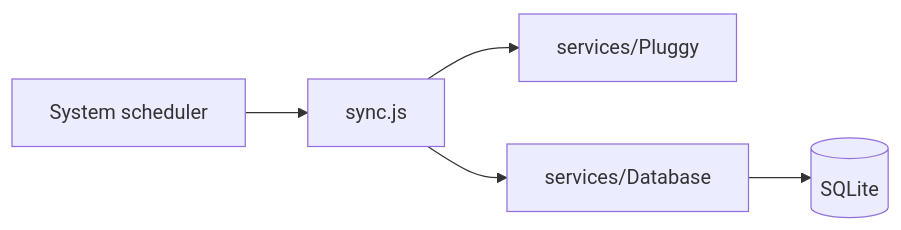
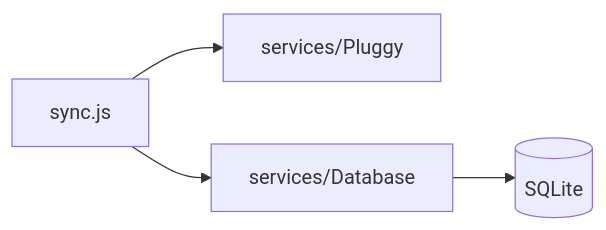
The diagram in README.md (leaofelipe/open-finance-sync), drawn with Mermaid before and after one commit. The commit also changed other lines of this file and 1 other file, not shown here.

First line of the commit message:
Rename to Open Finance Sync and simplify README

````diff
--- a/README.md
+++ b/README.md
@@ -19,12 +17,10 @@
 ```mermaid
 flowchart LR
-  sched[System scheduler]
   sync[sync.js]
   pluggy[services/Pluggy]
   dbsvc[services/Database]
   db[(SQLite)]
-  sched --> sync
   sync --> pluggy
   sync --> dbsvc
   dbsvc --> db
 ```
````
